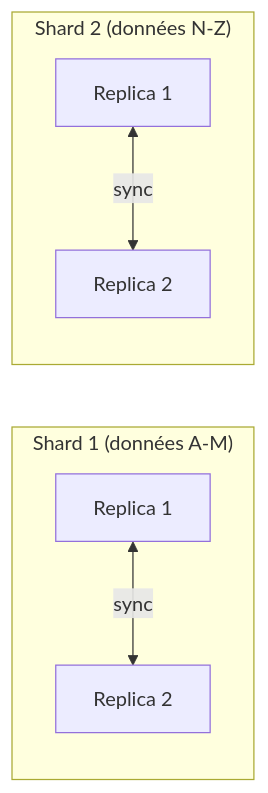
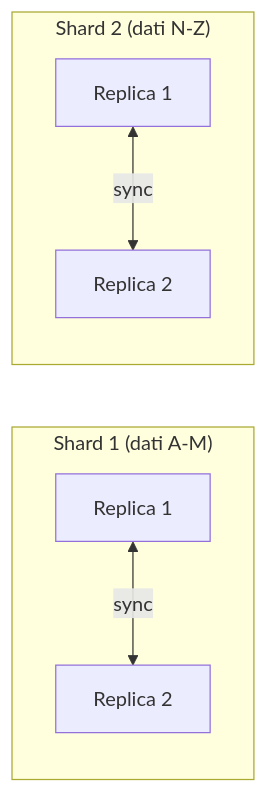
One commit to HidoraSwiss/hikube-public-doc changed the second of 2 diagrams in i18n/it/docusaurus-plugin-content-docs/current/services/databases/clickhouse/concepts.md. Above: the diagram before and after it, drawn with Mermaid. The commit also changed other lines of this file and 121 other files, not shown here.

````diff
--- a/i18n/it/docusaurus-plugin-content-docs/current/services/databases/clickhouse/concepts.md
+++ b/i18n/it/docusaurus-plugin-content-docs/current/services/databases/clickhouse/concepts.md
@@ -97,14 +97,14 @@
 ```mermaid
 graph LR
-    subgraph "Shard 1 (données A-M)"
+    subgraph "Shard 1 (dati A-M)"
         R1A[Replica 1]
         R1B[Replica 2]
     end
-    subgraph "Shard 2 (données N-Z)"
+    subgraph "Shard 2 (dati N-Z)"
         R2A[Replica 1]
         R2B[Replica 2]
     end
 
     R1A <-->|sync| R1B
     R2A <-->|sync| R2B
 ```
````
